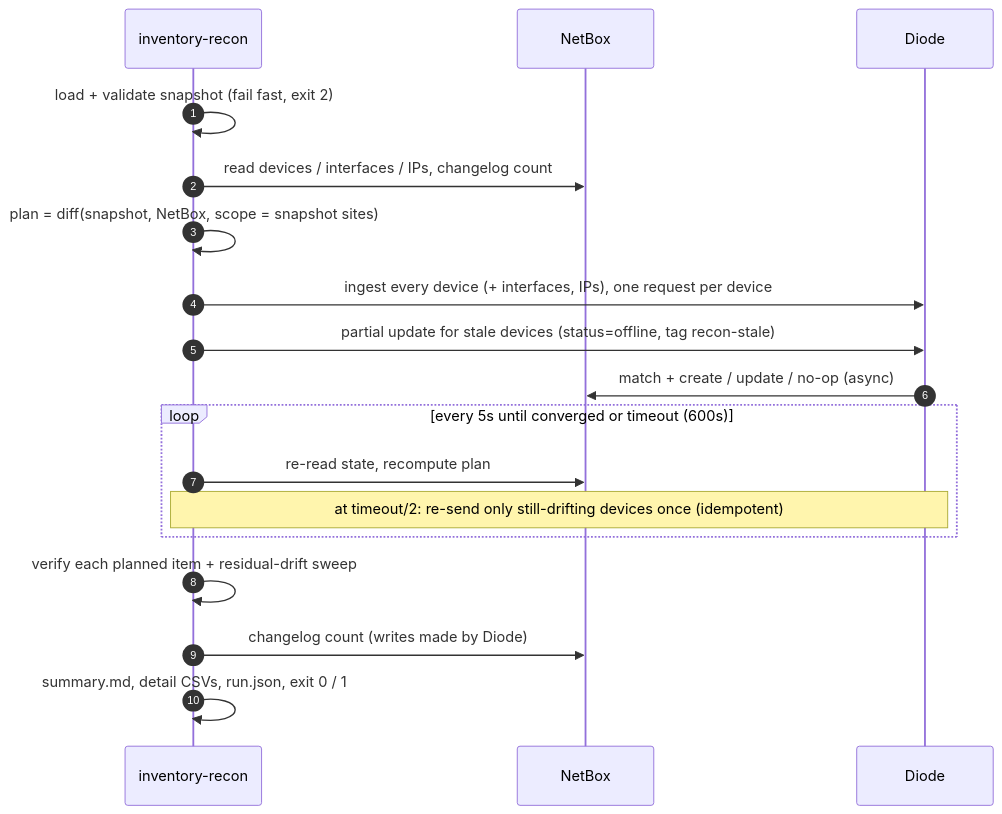
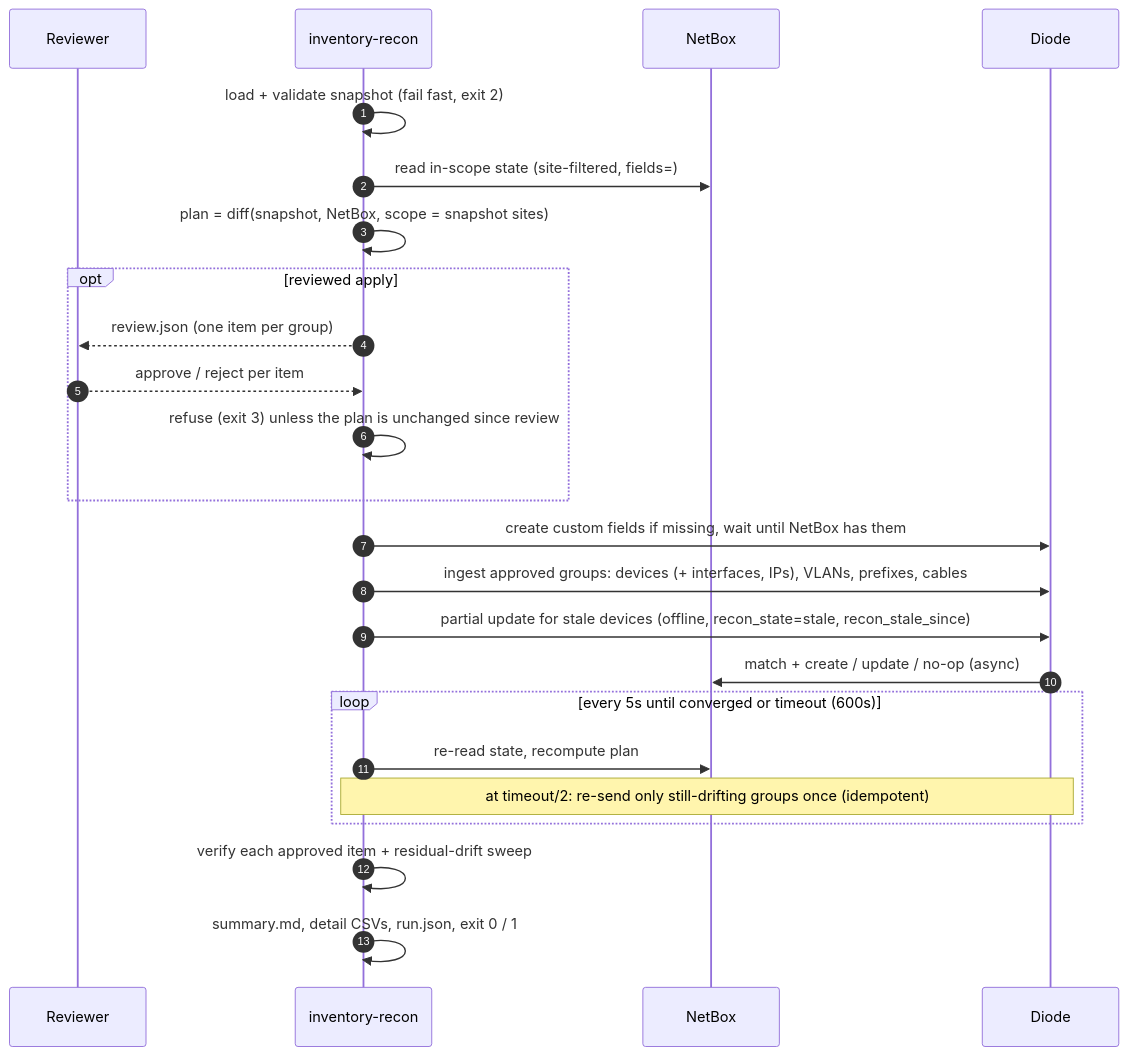
Before and after one commit to rogerwtrimble-tech/netbox-diode: the second of 3 diagrams in docs/architecture.md, drawn with Mermaid. The commit also changed other lines of this file and 41 other files, not shown here.

````diff
--- a/docs/architecture.md
+++ b/docs/architecture.md
@@ -78,20 +80,26 @@
 ```mermaid
 sequenceDiagram
   autonumber
+  participant H as Reviewer
   participant R as inventory-recon
   participant NB as NetBox
   participant D as Diode
   R->>R: load + validate snapshot (fail fast, exit 2)
-  R->>NB: read devices / interfaces / IPs, changelog count
+  R->>NB: read in-scope state (site-filtered, fields=)
   R->>R: plan = diff(snapshot, NetBox, scope = snapshot sites)
-  R->>D: ingest every device (+ interfaces, IPs), one request per device
-  R->>D: partial update for stale devices (status=offline, tag recon-stale)
+  opt reviewed apply
+    R-->>H: review.json (one item per group)
+    H-->>R: approve / reject per item
+    R->>R: refuse (exit 3) unless the plan is unchanged since review
+  end
+  R->>D: create custom fields if missing, wait until NetBox has them
+  R->>D: ingest approved groups: devices (+ interfaces, IPs), VLANs, prefixes, cables
+  R->>D: partial update for stale devices (offline, recon_state=stale, recon_stale_since)
   D->>NB: match + create / update / no-op (async)
   loop every 5s until converged or timeout (600s)
     R->>NB: re-read state, recompute plan
-    Note over R,D: at timeout/2: re-send only still-drifting devices once (idempotent)
+    Note over R,D: at timeout/2: re-send only still-drifting groups once (idempotent)
   end
-  R->>R: verify each planned item + residual-drift sweep
-  R->>NB: changelog count (writes made by Diode)
+  R->>R: verify each approved item + residual-drift sweep
   R->>R: summary.md, detail CSVs, run.json, exit 0 / 1
 ```
````
